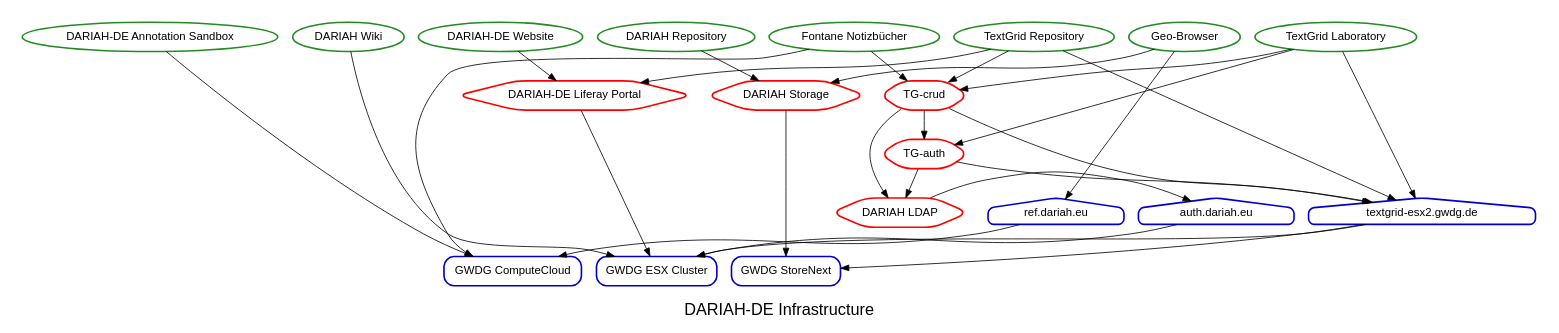
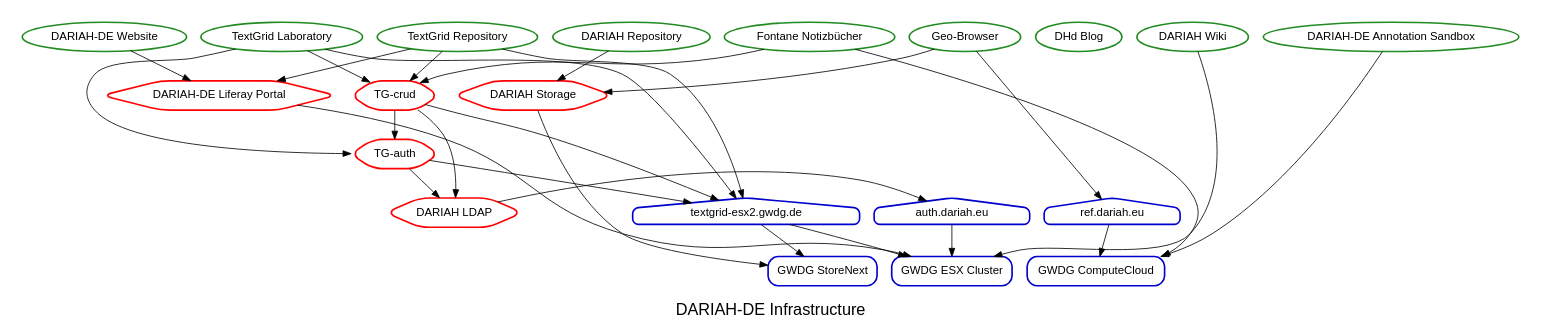
One commit to DARIAH-DE/status changed the diagram in dariah_infrastructure.gv. Above: the diagram before and after it, drawn with Graphviz. The commit also changed 2 other files, not shown here.

Commit message:
Fix graph dependencies

```diff
--- a/dariah_infrastructure.gv
+++ b/dariah_infrastructure.gv
@@ -1,64 +1,65 @@
 digraph {
 	fontname=helvetica fontsize=20 label="DARIAH-DE Infrastructure"
 	subgraph cluster_services {
 		node [color=forestgreen fontname=helvetica shape=oval style="rounded,bold"]
 		color=white label=""
-		"/services/annotation_sandbox" [label="DARIAH-DE Annotation Sandbox"]
-		"/services/confluence" [label="DARIAH Wiki"]
-		"/services/fontane" [label="Fontane Notizbücher"]
-		"/services/geobrowser" [label="Geo-Browser"]
+		"/services/website" [label="DARIAH-DE Website"]
 		"/services/repository" [label="DARIAH Repository"]
+		"/services/dhdblog" [label="DHd Blog"]
 		"/services/tglab" [label="TextGrid Laboratory"]
 		"/services/tgrep" [label="TextGrid Repository"]
-		"/services/website" [label="DARIAH-DE Website"]
+		"/services/fontane" [label="Fontane Notizbücher"]
+		"/services/confluence" [label="DARIAH Wiki"]
+		"/services/annotation_sandbox" [label="DARIAH-DE Annotation Sandbox"]
+		"/services/geobrowser" [label="Geo-Browser"]
 	}
 	subgraph cluster_middlewares {
 		node [color=red fontname=helvetica shape=hexagon style="rounded,bold"]
 		color=white label=""
+		"/middlewares/liferay" [label="DARIAH-DE Liferay Portal"]
+		"/middlewares/tgcrud" [label="TG-crud"]
 		"/middlewares/dariahldap" [label="DARIAH LDAP"]
 		"/middlewares/dariahstorage" [label="DARIAH Storage"]
-		"/middlewares/liferay" [label="DARIAH-DE Liferay Portal"]
 		"/middlewares/tgauth" [label="TG-auth"]
-		"/middlewares/tgcrud" [label="TG-crud"]
 	}
 	subgraph cluster_servers {
 		node [color=blue3 fontname=helvetica shape=house style="rounded,bold"]
 		color=white label=""
+		"/servers/textgrid-esx2" [label="textgrid-esx2.gwdg.de"]
+		"/servers/ref" [label="ref.dariah.eu"]
 		"/servers/auth" [label="auth.dariah.eu"]
-		"/servers/ref" [label="ref.dariah.eu"]
-		"/servers/textgrid-esx2" [label="textgrid-esx2.gwdg.de"]
 	}
 	subgraph cluster_infrastructure {
 		node [color=blue3 fontname=helvetica shape=box style="rounded,bold"]
 		color=white label=""
 		"/infrastructure/gwdg-cloud" [label="GWDG ComputeCloud"]
+		"/infrastructure/gwdg-storenext" [label="GWDG StoreNext"]
 		"/infrastructure/gwdg-esx" [label="GWDG ESX Cluster"]
-		"/infrastructure/gwdg-storenext" [label="GWDG StoreNext"]
 	}
-	"/services/annotation_sandbox" -> "/infrastructure/gwdg-cloud"
-	"/services/confluence" -> "/infrastructure/gwdg-esx"
-	"/services/fontane" -> "/middlewares/tgcrud"
-	"/services/fontane" -> "/infrastructure/gwdg-cloud"
-	"/services/geobrowser" -> "/middlewares/dariahstorage"
-	"/services/geobrowser" -> "/servers/ref"
+	"/services/website" -> "/middlewares/liferay"
 	"/services/repository" -> "/middlewares/dariahstorage"
 	"/services/tglab" -> "/middlewares/tgauth"
 	"/services/tglab" -> "/middlewares/tgcrud"
 	"/services/tglab" -> "/servers/textgrid-esx2"
 	"/services/tgrep" -> "/middlewares/liferay"
 	"/services/tgrep" -> "/middlewares/tgcrud"
 	"/services/tgrep" -> "/servers/textgrid-esx2"
-	"/services/website" -> "/middlewares/liferay"
-	"/middlewares/dariahldap" -> "/servers/auth"
-	"/middlewares/dariahstorage" -> "/infrastructure/gwdg-storenext"
+	"/services/fontane" -> "/middlewares/tgcrud"
+	"/services/fontane" -> "/infrastructure/gwdg-cloud"
+	"/services/confluence" -> "/infrastructure/gwdg-esx"
+	"/services/annotation_sandbox" -> "/infrastructure/gwdg-cloud"
+	"/services/geobrowser" -> "/middlewares/dariahstorage"
+	"/services/geobrowser" -> "/servers/ref"
 	"/middlewares/liferay" -> "/infrastructure/gwdg-esx"
-	"/middlewares/tgauth" -> "/middlewares/dariahldap"
-	"/middlewares/tgauth" -> "/servers/textgrid-esx2"
 	"/middlewares/tgcrud" -> "/middlewares/tgauth"
 	"/middlewares/tgcrud" -> "/middlewares/dariahldap"
 	"/middlewares/tgcrud" -> "/servers/textgrid-esx2"
-	"/servers/auth" -> "/infrastructure/gwdg-esx"
-	"/servers/ref" -> "/infrastructure/gwdg-cloud"
+	"/middlewares/dariahldap" -> "/servers/auth"
+	"/middlewares/dariahstorage" -> "/infrastructure/gwdg-storenext"
+	"/middlewares/tgauth" -> "/middlewares/dariahldap"
+	"/middlewares/tgauth" -> "/servers/textgrid-esx2"
 	"/servers/textgrid-esx2" -> "/infrastructure/gwdg-storenext"
 	"/servers/textgrid-esx2" -> "/infrastructure/gwdg-esx"
+	"/servers/ref" -> "/infrastructure/gwdg-cloud"
+	"/servers/auth" -> "/infrastructure/gwdg-esx"
 }
```
